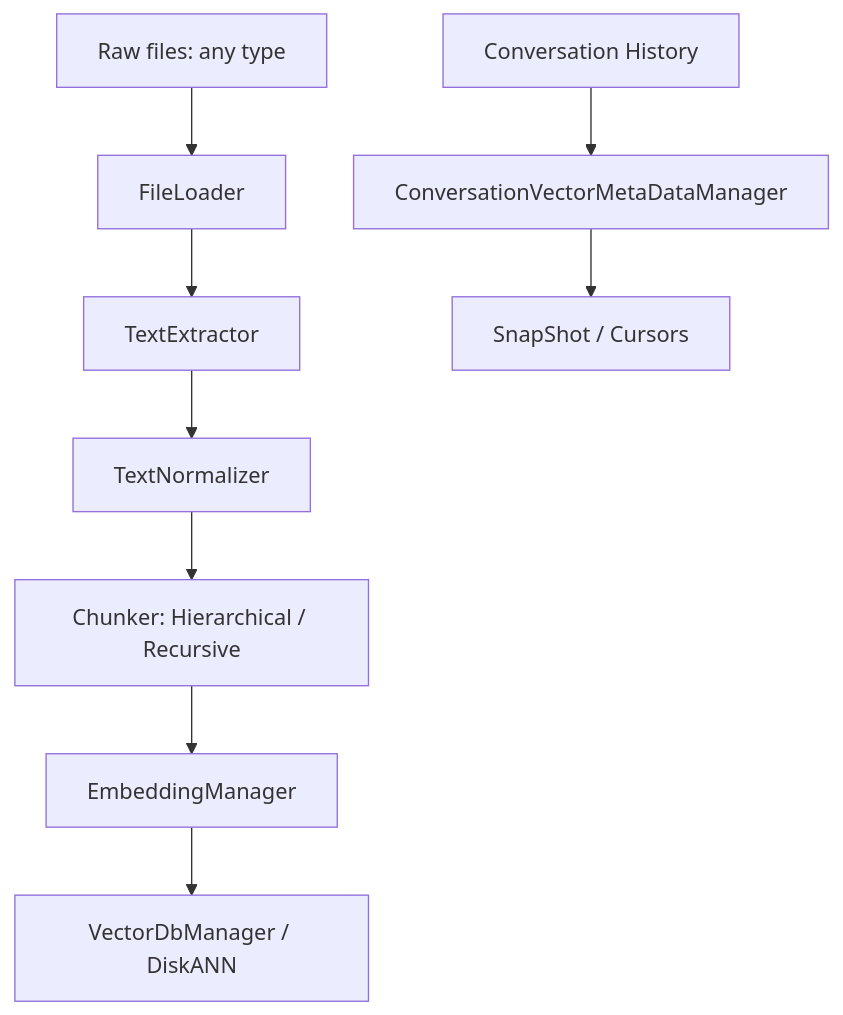
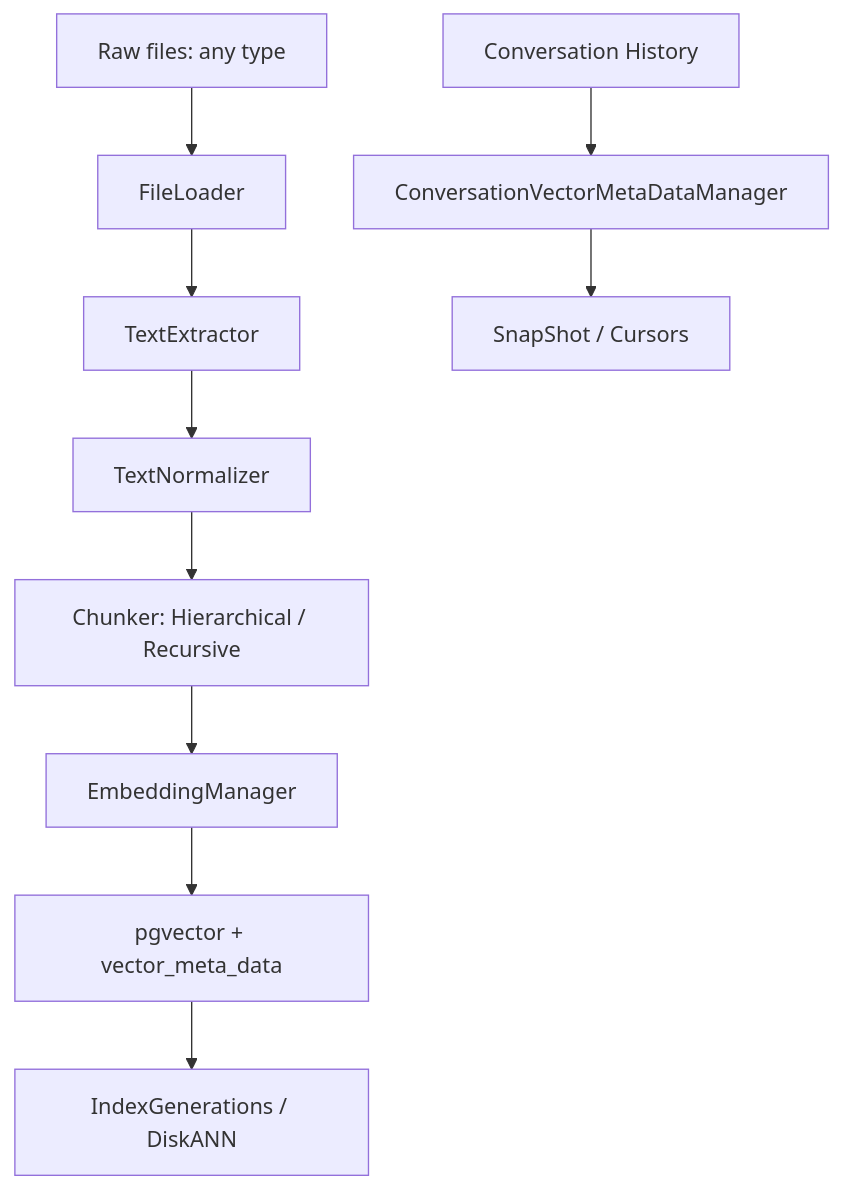
The diagram in backend/app/docs/core_docs/index.md (Ajaysvasan/atlas), drawn with Mermaid before and after one commit. The commit also changed other lines of this file and 39 other files, not shown here.

````diff
--- a/backend/app/docs/core_docs/index.md
+++ b/backend/app/docs/core_docs/index.md
@@ -63,12 +63,13 @@
 ```mermaid
 graph TD
     A[Raw files: any type] --> B[FileLoader]
     B --> C[TextExtractor]
     C --> D[TextNormalizer]
     D --> E[Chunker: Hierarchical / Recursive]
     E --> F[EmbeddingManager]
-    F --> G[VectorDbManager / DiskANN]
+    F --> P[pgvector + vector_meta_data]
+    P --> G[IndexGenerations / DiskANN]
     
     H[Conversation History] --> I[ConversationVectorMetaDataManager]
     I --> J[SnapShot / Cursors]
 ```
````
